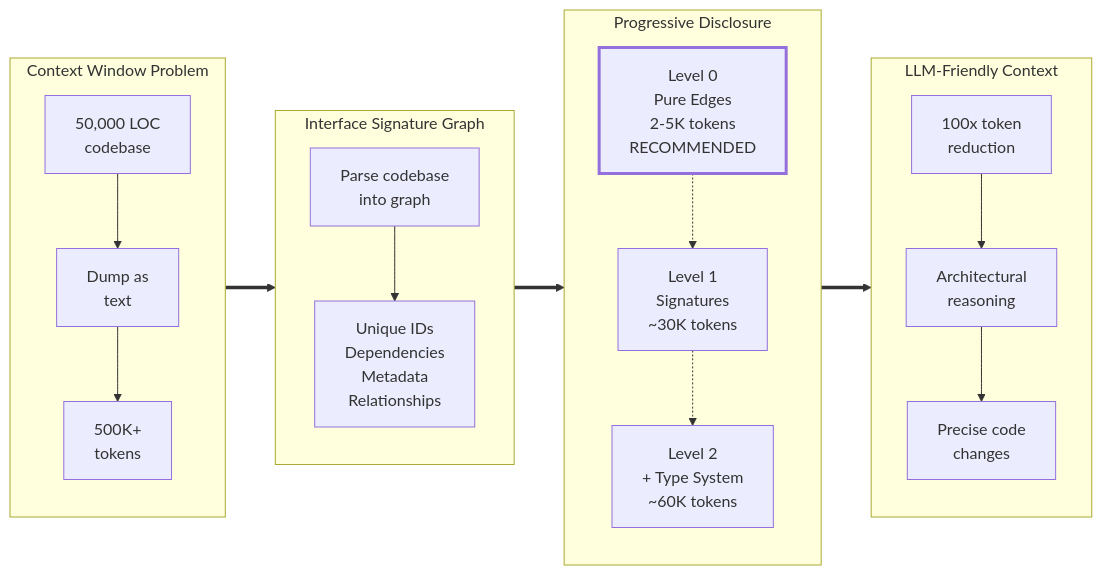
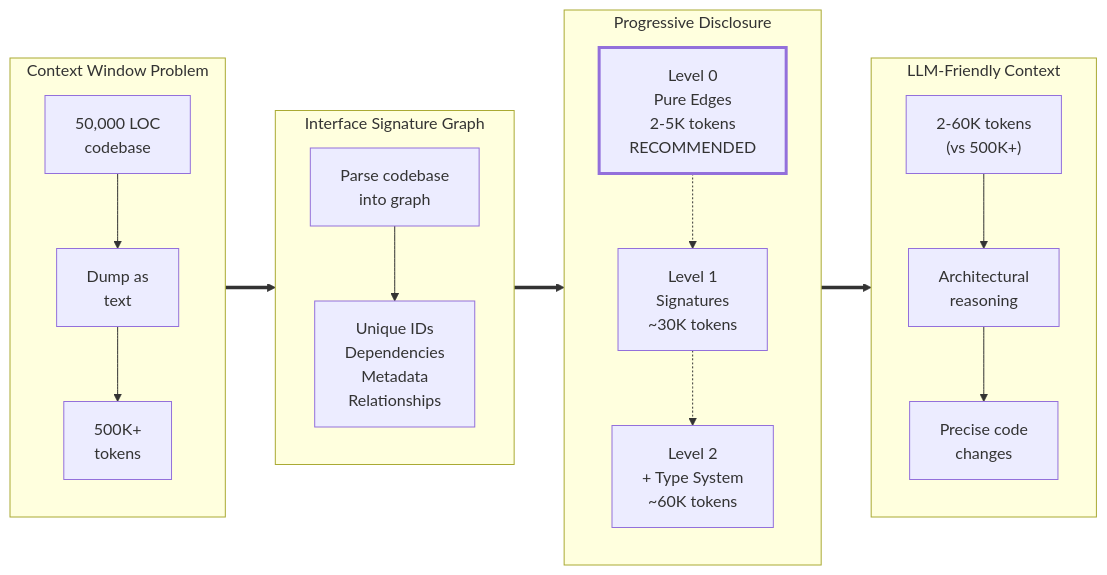
One commit to that-in-rust/parseltongue changed the first of 2 diagrams in README.md. Above: the diagram before and after it, drawn with Mermaid. The commit also changed other lines of this file and 3 other files, not shown here.

````diff
--- a/README.md
+++ b/README.md
@@ -3,35 +3,35 @@
 ```mermaid
 graph LR
     subgraph PROBLEM["Context Window Problem"]
         P1["50,000 LOC<br/>codebase"]
         P2["Dump as<br/>text"]
         P3["500K+<br/>tokens"]
         P1 --> P2 --> P3
     end
 
     subgraph ISG["Interface Signature Graph"]
         I1["Parse codebase<br/>into graph"]
         I2["Unique IDs<br/>Dependencies<br/>Metadata<br/>Relationships"]
         I1 --> I2
     end
 
     subgraph LEVELS["Progressive Disclosure"]
         L0["Level 0<br/>Pure Edges<br/>2-5K tokens<br/>RECOMMENDED"]
         L1["Level 1<br/>Signatures<br/>~30K tokens"]
         L2["Level 2<br/>+ Type System<br/>~60K tokens"]
         L0 -.-> L1 -.-> L2
     end
 
     subgraph OUTCOME["LLM-Friendly Context"]
-        O1["100x token<br/>reduction"]
+        O1["2-60K tokens<br/>(vs 500K+)"]
         O2["Architectural<br/>reasoning"]
         O3["Precise code<br/>changes"]
         O1 --> O2 --> O3
     end
 
     PROBLEM ==> ISG
     ISG ==> LEVELS
     LEVELS ==> OUTCOME
 
     style L0 stroke-width:3px
 ```
````
